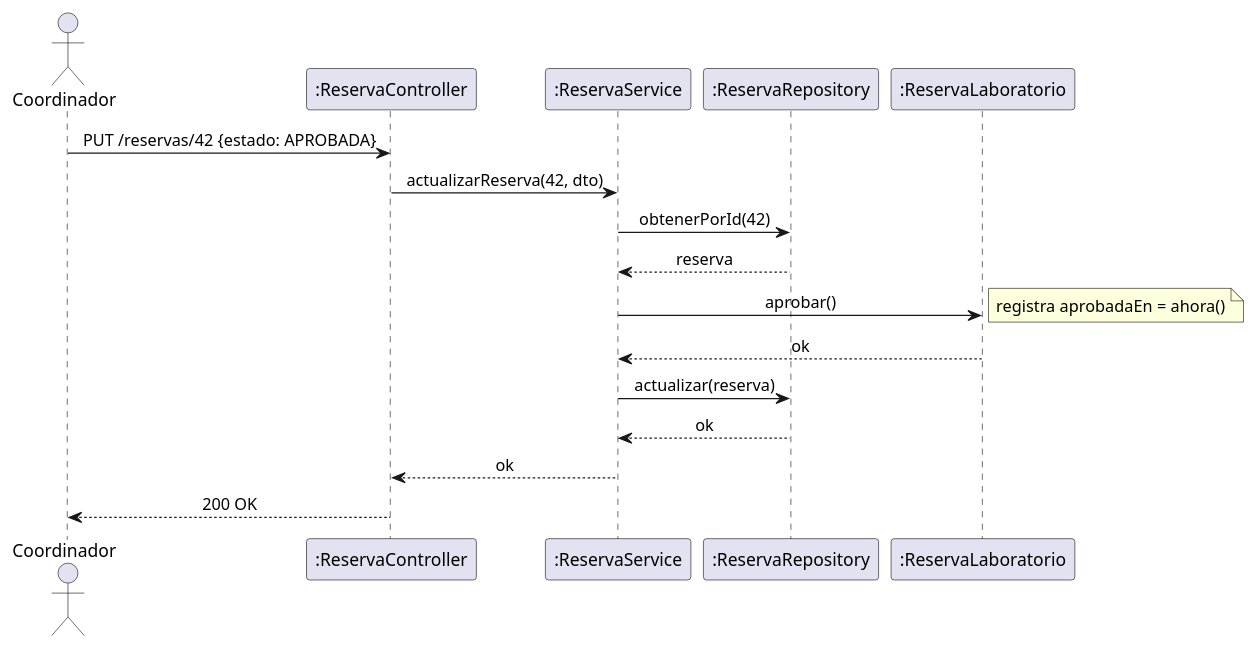
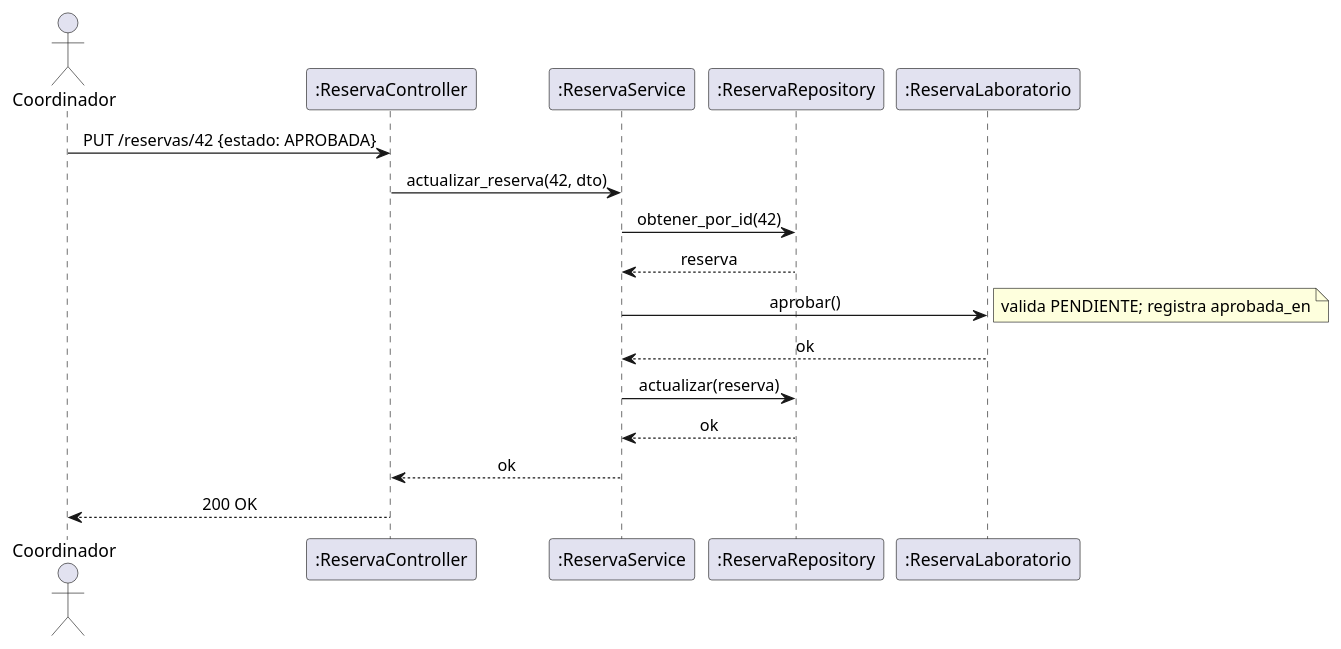
One commit to Eguamanu86/Caso-de-Estudio-POO-con-Flask-y-MySQL changed the third of 3 diagrams in 01-caso-estudio-poo-enunciado-uml.md. Above: the diagram before and after it, drawn with PlantUML. The commit also changed other lines of this file and 4 other files, not shown here.

Commit message:
feat: modelado - add classes and sequence diagrams for reservations

````diff
--- a/01-caso-estudio-poo-enunciado-uml.md
+++ b/01-caso-estudio-poo-enunciado-uml.md
@@ -337,27 +402,27 @@
 ```plantuml
 @startuml
 skinparam sequenceMessageAlign center
 
 actor Coordinador
 participant ":ReservaController" as Controller
 participant ":ReservaService" as Service
 participant ":ReservaRepository" as Repo
 participant ":ReservaLaboratorio" as Reserva
 
 Coordinador -> Controller : PUT /reservas/42 {estado: APROBADA}
-Controller -> Service : actualizarReserva(42, dto)
+Controller -> Service : actualizar_reserva(42, dto)
 
-Service -> Repo : obtenerPorId(42)
+Service -> Repo : obtener_por_id(42)
 Repo --> Service : reserva
 
 Service -> Reserva : aprobar()
-note right : registra aprobadaEn = ahora()
+note right : valida PENDIENTE; registra aprobada_en
 Reserva --> Service : ok
 
 Service -> Repo : actualizar(reserva)
 Repo --> Service : ok
 
 Service --> Controller : ok
 Controller --> Coordinador : 200 OK
 @enduml
 ```
````
